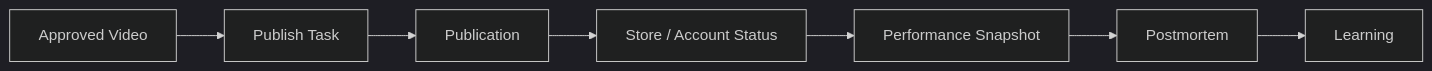
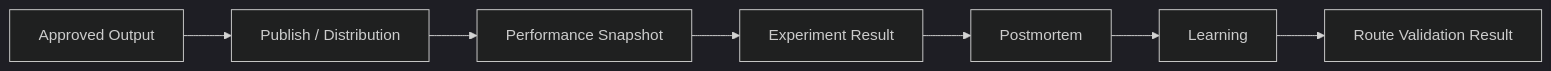
The fourth of 6 diagrams in 02_DELIVERY_RELEASES.md (SONG-36/TK_Video_Intelligence_Workbench), drawn with Mermaid (dark theme) before and after one commit. The commit also changed other lines of this file and 8 other files, not shown here.

````diff
--- a/02_DELIVERY_RELEASES.md
+++ b/02_DELIVERY_RELEASES.md
@@ -94,12 +100,12 @@
 ```mermaid
 flowchart LR
-    A[Approved Video]
-    B[Publish Task]
-    C[Publication]
-    D[Store / Account Status]
-    E[Performance Snapshot]
-    F[Postmortem]
-    G[Learning]
+    A[Approved Output]
+    B[Publish / Distribution]
+    C[Performance Snapshot]
+    D[Experiment Result]
+    E[Postmortem]
+    F[Learning]
+    G[Route Validation Result]
 
     A --> B --> C --> D --> E --> F --> G
 ```
````
